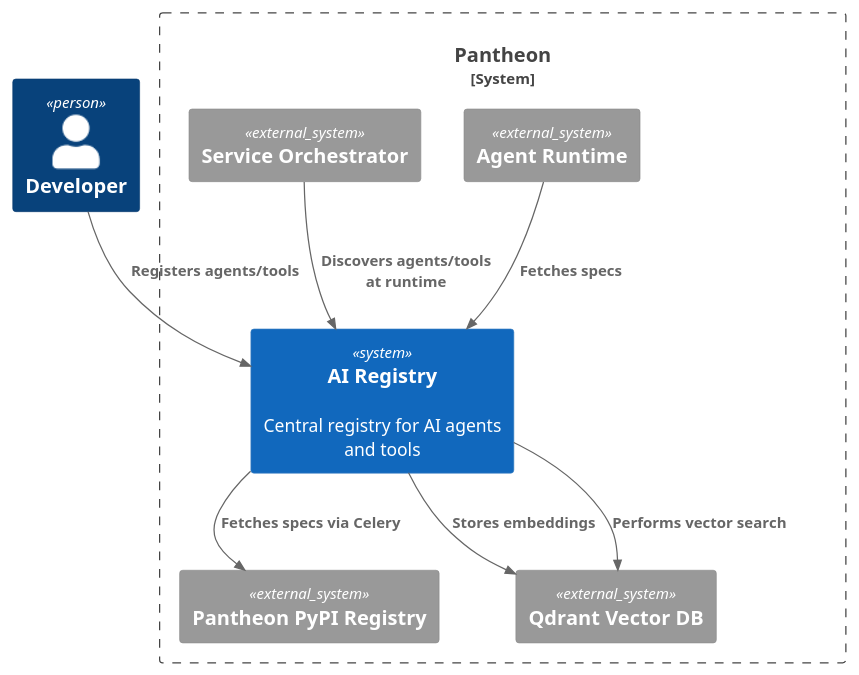
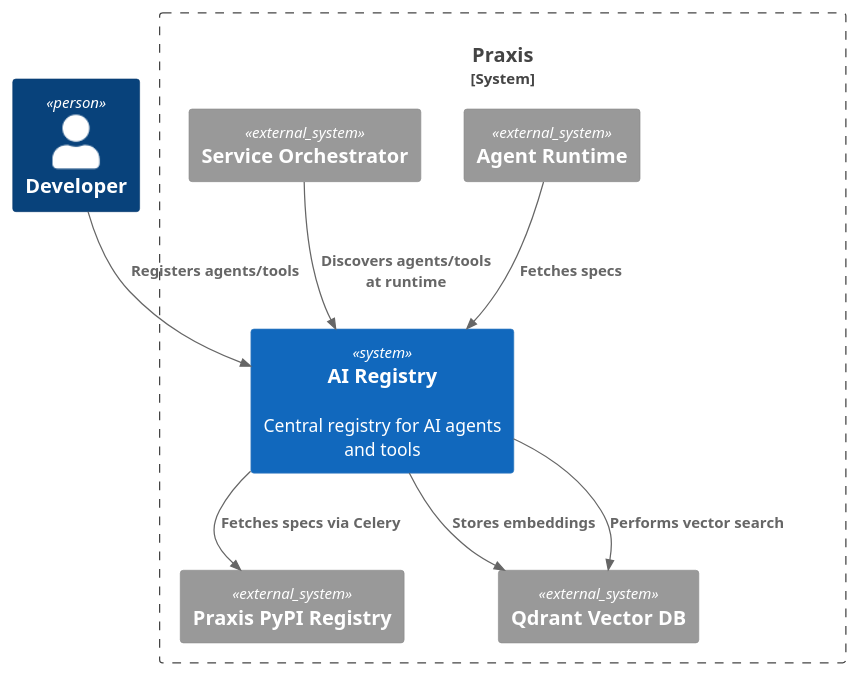
The second of 2 diagrams in services/ai-registry/ai-registry.md (k1llzz/test), drawn with PlantUML before and after one commit. The commit also changed other lines of this file, not shown here.

````diff
--- a/services/ai-registry/ai-registry.md
+++ b/services/ai-registry/ai-registry.md
@@ -76,22 +76,22 @@
 ```plantuml
 @startuml
 !include https://raw.githubusercontent.com/plantuml-stdlib/C4-PlantUML/master/C4_Context.puml
 
 Person(dev, "Developer")
-System_Boundary(pantheon, "Pantheon") {
+System_Boundary(praxis, "Praxis") {
     System(ai_registry, "AI Registry", "Central registry for AI agents and tools")
     System_Ext(agent_runtime, "Agent Runtime")
     System_Ext(orchestrator, "Service Orchestrator")
-    System_Ext(pypi, "Pantheon PyPI Registry")
+    System_Ext(pypi, "Praxis PyPI Registry")
     System_Ext(qdrant, "Qdrant Vector DB")
 }
 
 Rel(dev, ai_registry, "Registers agents/tools")
 Rel(orchestrator, ai_registry, "Discovers agents/tools at runtime")
 Rel(agent_runtime, ai_registry, "Fetches specs")
 Rel(ai_registry, pypi, "Fetches specs via Celery")
 Rel(ai_registry, qdrant, "Stores embeddings")
 Rel(ai_registry, qdrant, "Performs vector search")
 
 @enduml
 ```
````
